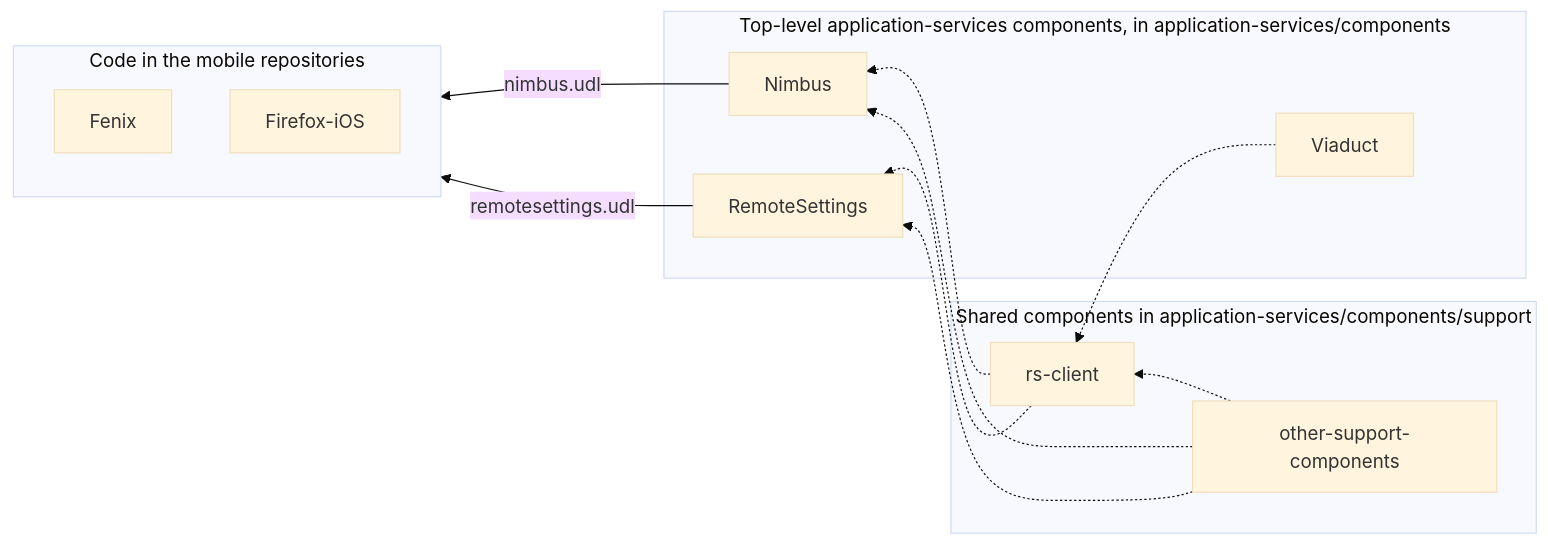
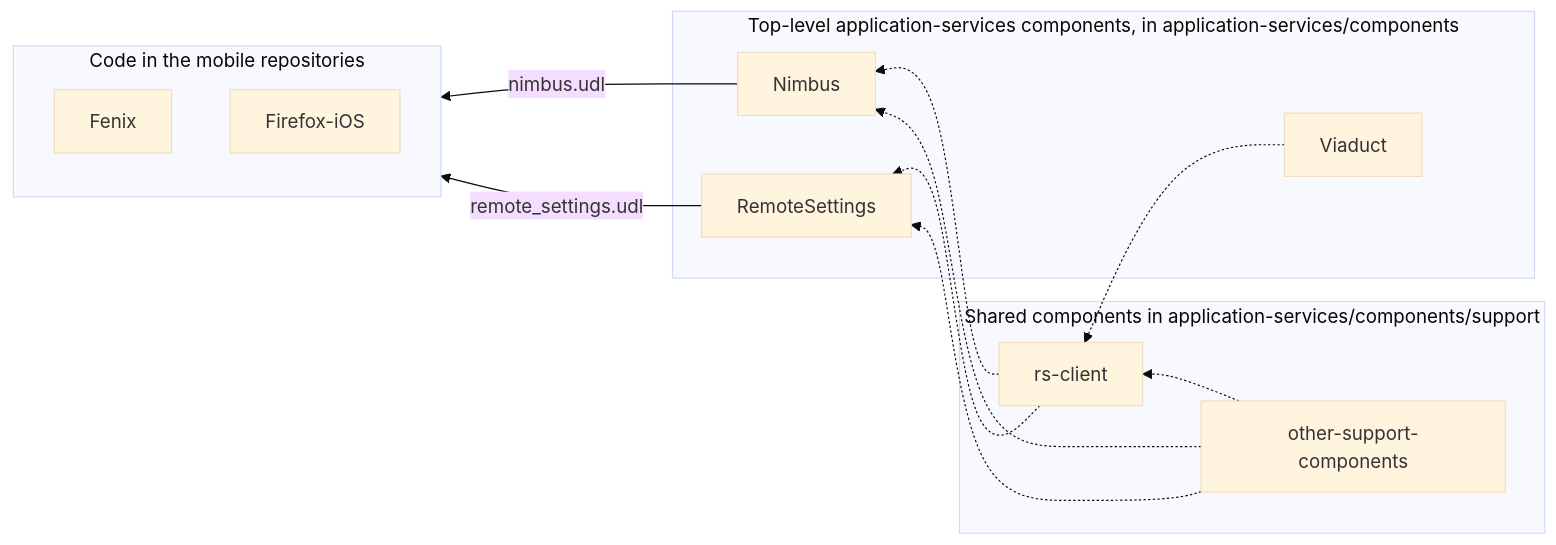
The diagram in docs/adr/0005-remote-settings-client.md (mozilla/application-services), drawn with Mermaid (base theme) before and after one commit. The commit also changed 43 other files, not shown here.

Commit message:
Add Remote Settings client component

````diff
--- a/docs/adr/0005-remote-settings-client.md
+++ b/docs/adr/0005-remote-settings-client.md
@@ -133,26 +133,26 @@
 ```mermaid
 flowchart RL
     subgraph app-services-support[Shared components in application-services/components/support]
     rs-client
     other-support-components
     end
     subgraph app-services-components[Top-level application-services components, in application-services/components]
     Nimbus
     RemoteSettings
     Viaduct
     end
     subgraph mobile [Code in the mobile repositories]
         Fenix
         Firefox-iOS
     end
 
     Nimbus -- nimbus.udl --> mobile
-    RemoteSettings -- remotesettings.udl --> mobile
+    RemoteSettings -- remote_settings.udl --> mobile
 
     rs-client -.-> Nimbus
     other-support-components -.-> Nimbus
     rs-client -.-> RemoteSettings
     other-support-components -.-> RemoteSettings
     Viaduct -.-> rs-client
     other-support-components -.-> rs-client
 ```
````
